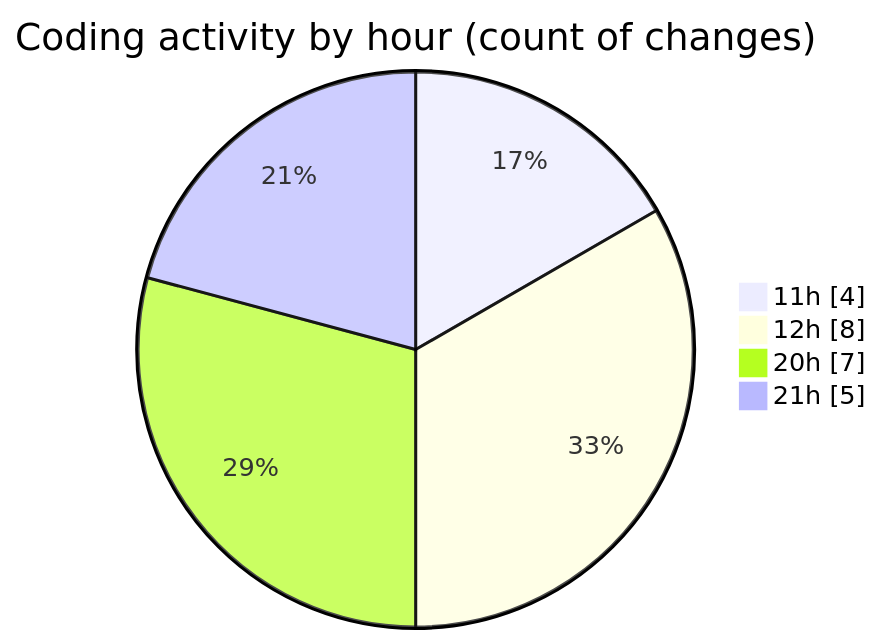
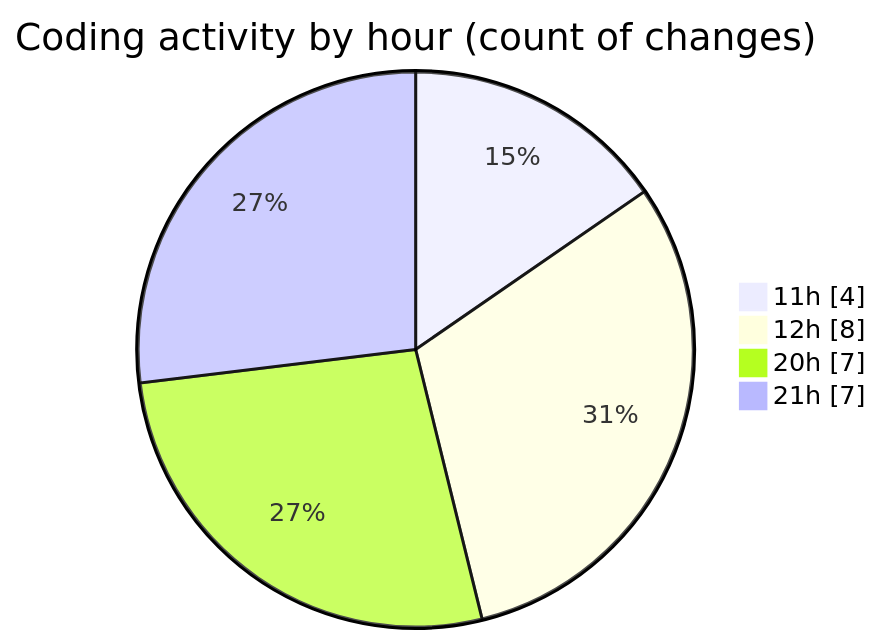
Before and after one commit to nxtqubesakshisongat/code-tracking: the second of 2 diagrams in 2025-10-24/javacript/README.md, drawn with Mermaid. The commit also changed other lines of this file and 1 other file, not shown here.

````diff
--- a/2025-10-24/javacript/README.md
+++ b/2025-10-24/javacript/README.md
@@ -28,8 +28,8 @@
 ```mermaid
 pie showData
 title Coding activity by hour (count of changes)
 "11h" : 4
 "12h" : 8
 "20h" : 7
-"21h" : 5
+"21h" : 7
 ```
````
